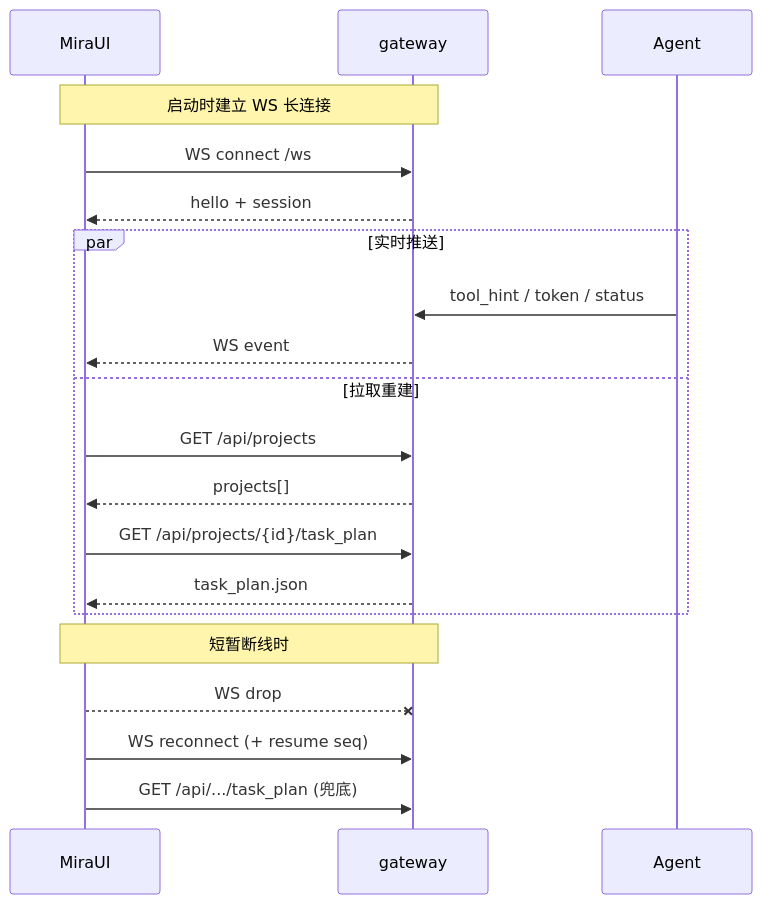
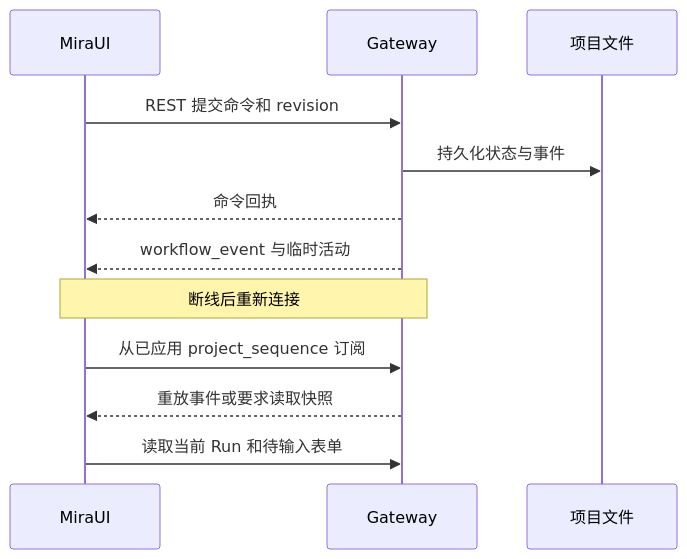
Before and after one commit to MIRA-Intelligence/mira-docs: the diagram in docs/usage/ui/realtime-sync.md, drawn with Mermaid. The commit also changed other lines of this file and 80 other files, not shown here.

````diff
--- a/docs/usage/ui/realtime-sync.md
+++ b/docs/usage/ui/realtime-sync.md
@@ -15,25 +36,14 @@
 ```mermaid
 sequenceDiagram
-    participant UI as MiraUI
-    participant G as gateway
-    participant A as Agent
-
-    Note over UI,G: 启动时建立 WS 长连接
-    UI->>G: WS connect /ws
-    G-->>UI: hello + session
-
-    par 实时推送
-        A->>G: tool_hint / token / status
-        G-->>UI: WS event
-    and 拉取重建
-        UI->>G: GET /api/projects
-        G-->>UI: projects[]
-        UI->>G: GET /api/projects/{id}/task_plan
-        G-->>UI: task_plan.json
-    end
-
-    Note over UI,G: 短暂断线时
-    UI--xG: WS drop
-    UI->>G: WS reconnect (+ resume seq)
-    UI->>G: GET /api/.../task_plan (兜底)
+    participant U as MiraUI
+    participant G as Gateway
+    participant D as 项目文件
+    U->>G: REST 提交命令和 revision
+    G->>D: 持久化状态与事件
+    G-->>U: 命令回执
+    G-->>U: workflow_event 与临时活动
+    Note over U,G: 断线后重新连接
+    U->>G: 从已应用 project_sequence 订阅
+    G-->>U: 重放事件或要求读取快照
+    U->>G: 读取当前 Run 和待输入表单
 ```
````
